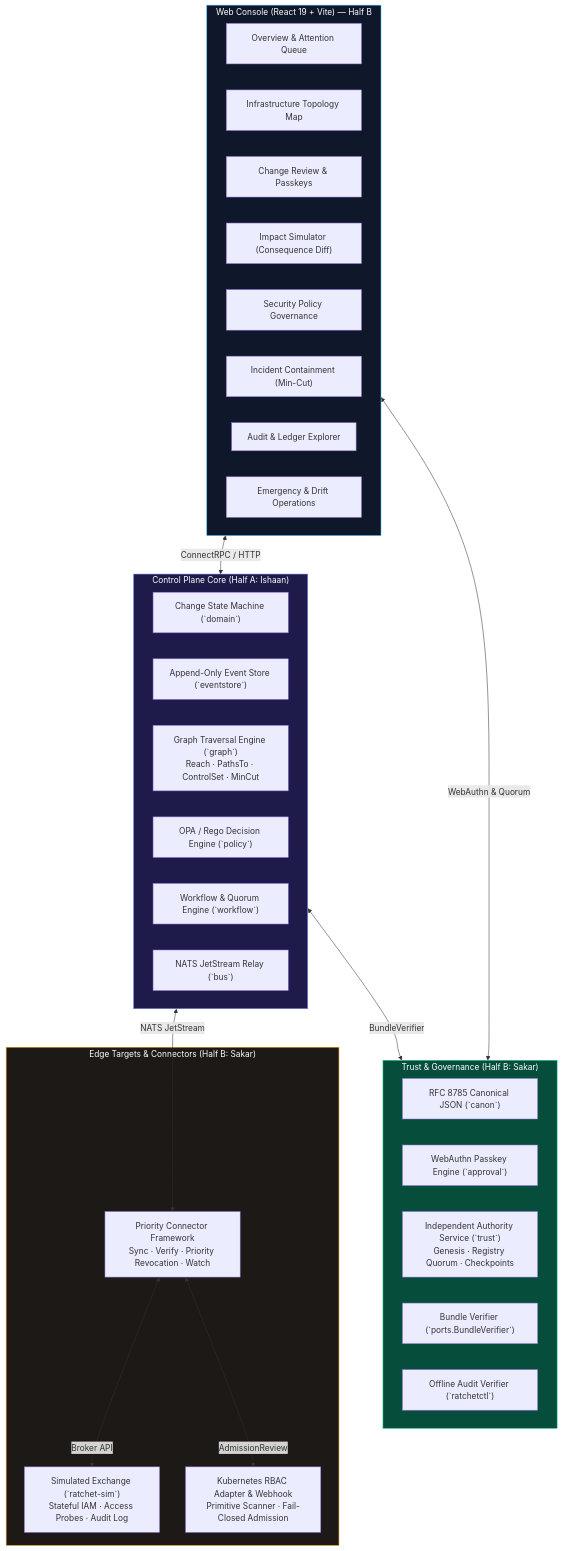
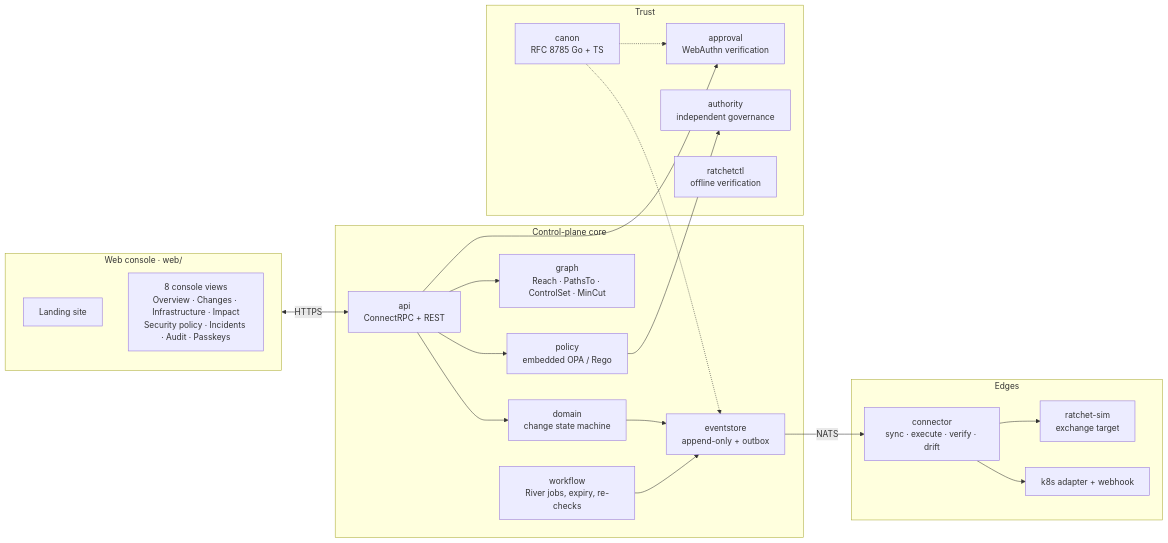
One commit to sakararya43-web/Ratchet changed the sixth of 8 diagrams in README.md. Above: the diagram before and after it, drawn with Mermaid. The commit also changed other lines of this file and 10 other files, not shown here.

First line of the commit message:
docs(readme): rewrite README with screenshots, diagrams and roadmap

````diff
--- a/README.md
+++ b/README.md
@@ -202,48 +273,35 @@
 ```mermaid
-graph TD
-    subgraph UI["Web Console (React 19 + Vite) — Half B"]
-        V1["Overview & Attention Queue"]
-        V2["Infrastructure Topology Map"]
-        V3["Change Review & Passkeys"]
-        V4["Impact Simulator (Consequence Diff)"]
-        V5["Security Policy Governance"]
-        V6["Incident Containment (Min-Cut)"]
-        V7["Audit & Ledger Explorer"]
-        V8["Emergency & Drift Operations"]
+flowchart LR
+    subgraph Console["Web console · web/"]
+        L["Landing site"]
+        C["8 console views<br/>Overview · Changes · Infrastructure · Impact<br/>Security policy · Incidents · Audit · Passkeys"]
     end
-
-    subgraph Core["Control Plane Core (Half A: Ishaan)"]
-        SM["Change State Machine (`domain`)"]
-        ES["Append-Only Event Store (`eventstore`)"]
-        GE["Graph Traversal Engine (`graph`)<br/>Reach · PathsTo · ControlSet · MinCut"]
-        PE["OPA / Rego Decision Engine (`policy`)"]
-        WF["Workflow & Quorum Engine (`workflow`)"]
-        JS["NATS JetStream Relay (`bus`)"]
+    subgraph CorePlane["Control-plane core"]
+        D["domain<br/>change state machine"]
+        ES["eventstore<br/>append-only + outbox"]
+        G["graph<br/>Reach · PathsTo · ControlSet · MinCut"]
+        P["policy<br/>embedded OPA / Rego"]
+        W["workflow<br/>River jobs, expiry, re-checks"]
+        API["api<br/>ConnectRPC + REST"]
     end
-
-    subgraph Trust["Trust & Governance (Half B: Sakar)"]
-        CJ["RFC 8785 Canonical JSON (`canon`)"]
-        WV["WebAuthn Passkey Engine (`approval`)"]
-        IA["Independent Authority Service (`trust`)<br/>Genesis · Registry Quorum · Checkpoints"]
-        BV["Bundle Verifier (`ports.BundleVerifier`)"]
-        CLI["Offline Audit Verifier (`ratchetctl`)"]
+    subgraph Trust["Trust"]
+        CA["canon<br/>RFC 8785 Go + TS"]
+        AP["approval<br/>WebAuthn verification"]
+        AU["authority<br/>independent governance"]
+        CLI["ratchetctl<br/>offline verification"]
     end
-
-    subgraph Edges["Edge Targets & Connectors (Half B: Sakar)"]
-        SIM["Simulated Exchange (`ratchet-sim`)<br/>Stateful IAM · Access Probes · Audit Log"]
-        CONN["Priority Connector Framework<br/>Sync · Verify · Priority Revocation · Watch"]
-        K8S["Kubernetes RBAC Adapter & Webhook<br/>Primitive Scanner · Fail-Closed Admission"]
+    subgraph Edges["Edges"]
+        CN["connector<br/>sync · execute · verify · drift"]
+        SIM["ratchet-sim<br/>exchange target"]
+        K8S["k8s adapter + webhook"]
     end
-
-    UI <-->|ConnectRPC / HTTP| Core
-    UI <-->|WebAuthn & Quorum| Trust
-    Core <-->|BundleVerifier| Trust
-    Core <-->|NATS JetStream| CONN
-    CONN <-->|Broker API| SIM
-    CONN <-->|AdmissionReview| K8S
-
-    style UI fill:#0f172a,stroke:#38bdf8,color:#fff
-    style Core fill:#1e1b4b,stroke:#818cf8,color:#fff
-    style Trust fill:#064e3b,stroke:#34d399,color:#fff
-    style Edges fill:#1c1917,stroke:#f59e0b,color:#fff
+    Console <-->|"HTTPS"| API
+    API --> D & G & P
+    D --> ES
+    W --> ES
+    API --> AP
+    P --> AU
+    ES -->|"NATS"| CN
+    CN --> SIM & K8S
+    CA -.-> AP & ES
 ```
````
